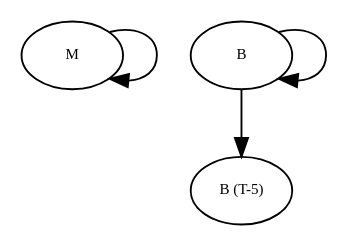
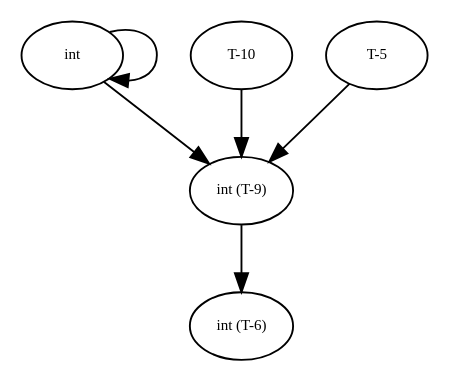
Before and after one commit to amso100/livescript-declarations: the diagram in graphs/debug_tree2.dot, drawn with Graphviz. The commit also changed 19 other files, not shown here.

```diff
--- a/graphs/debug_tree2.dot
+++ b/graphs/debug_tree2.dot
@@ -1,28 +1,46 @@
 digraph RGL__DirectedAdjacencyGraph {
-    M [
+    int [
         fontsize = 8,
-        label = M
+        label = int
     ]
 
-    B [
+    "int (T-9)" [
         fontsize = 8,
-        label = B
+        label = "int (T-9)"
     ]
 
-    "B (T-5)" [
+    "int (T-6)" [
         fontsize = 8,
-        label = "B (T-5)"
+        label = "int (T-6)"
     ]
 
-    M -> M [
+    "T-10" [
+        fontsize = 8,
+        label = "T-10"
+    ]
+
+    "T-5" [
+        fontsize = 8,
+        label = "T-5"
+    ]
+
+    int -> int [
         fontsize = 8
     ]
 
-    B -> B [
+    int -> "int (T-9)" [
         fontsize = 8
     ]
 
-    B -> "B (T-5)" [
+    "int (T-9)" -> "int (T-6)" [
+        fontsize = 8
+    ]
+
+    "T-10" -> "int (T-9)" [
+        fontsize = 8
+    ]
+
+    "T-5" -> "int (T-9)" [
         fontsize = 8
     ]
 }
```
